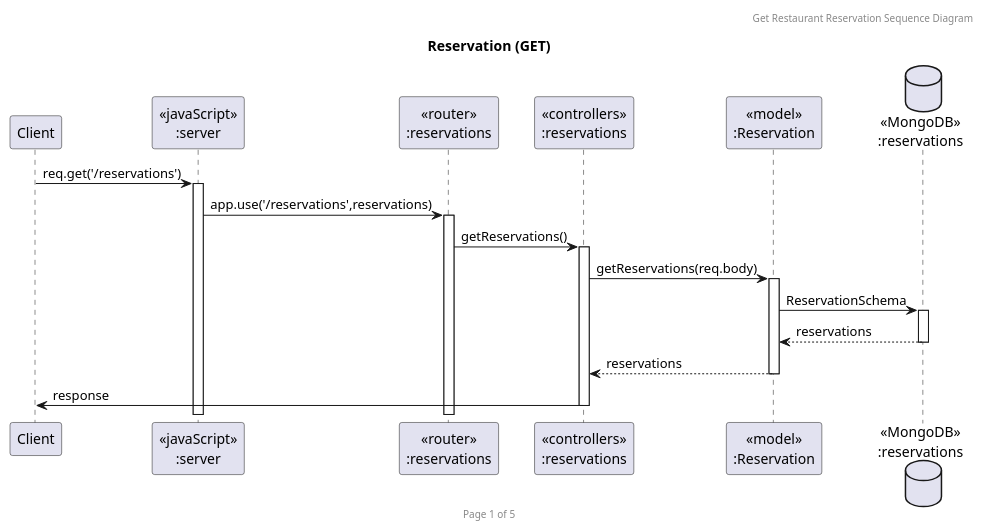
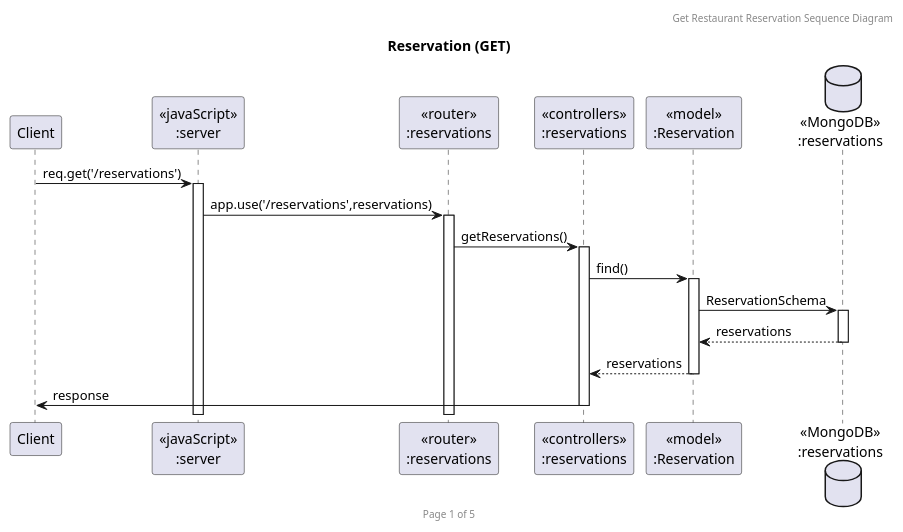
One commit to marshmeowllo/RestaurantReservation changed the diagram in Sequence Diagram/Reservation/ReservationGetAll.puml. Above: the diagram before and after it, drawn with PlantUML. The commit also changed 12 other files, not shown here.

```diff
--- a/Sequence Diagram/Reservation/ReservationGetAll.puml
+++ b/Sequence Diagram/Reservation/ReservationGetAll.puml
@@ -1,23 +1,23 @@
 @startuml Reservation (GET)
 
 header Get Restaurant Reservation Sequence Diagram
 footer Page 1 of 5
 title "Reservation (GET)"
 
 participant "Client" as client
 participant "<<javaScript>>\n:server" as server
 participant "<<router>>\n:reservations" as routerReservations
 participant "<<controllers>>\n:reservations" as controllersReservations
 participant "<<model>>\n:Reservation" as modelReservation
 database "<<MongoDB>>\n:reservations" as ReservationDatabase
 
 client->server ++:req.get('/reservations')
 server->routerReservations ++:app.use('/reservations',reservations)
 routerReservations->controllersReservations ++:getReservations()
-controllersReservations ->modelReservation ++: getReservations(req.body)
+controllersReservations ->modelReservation ++: find()
 modelReservation -> ReservationDatabase ++: ReservationSchema
 ReservationDatabase --> modelReservation --: reservations
 controllersReservations <-- modelReservation --:reservations
 controllersReservations->client --:response
 
 @enduml
```
